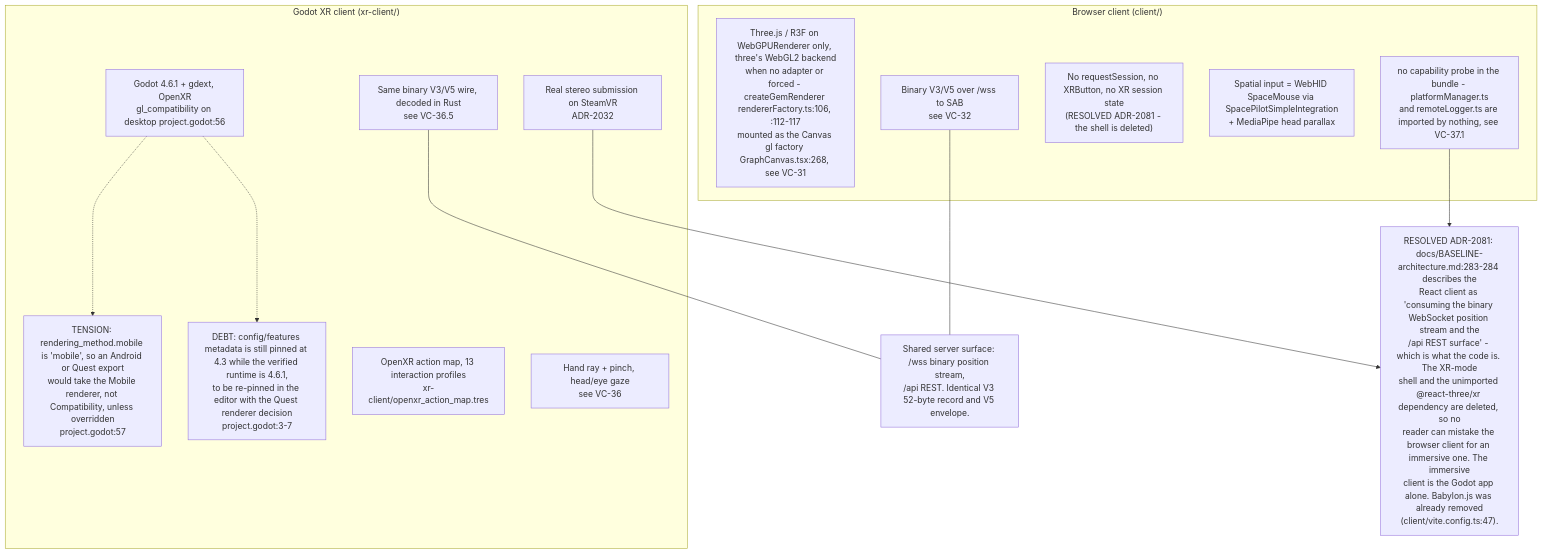
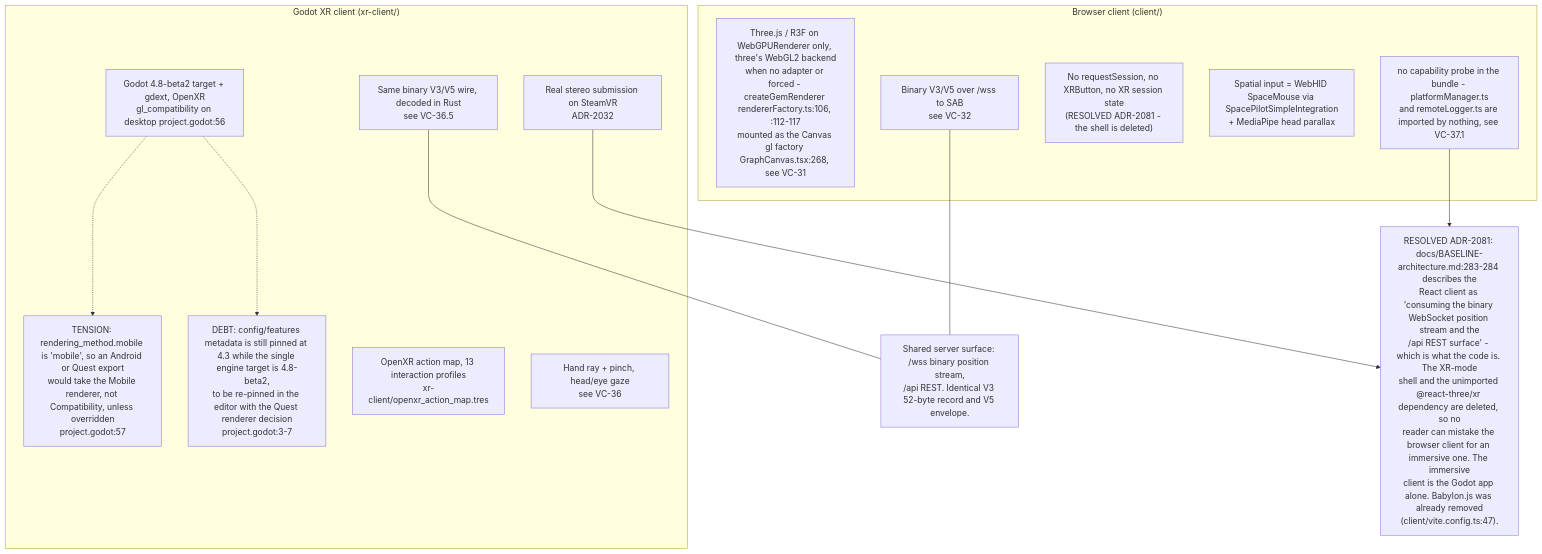
The eighth of 11 diagrams in docs/diagrams/visionclaw/37-browser-xr-and-desktop-input.md (DreamLab-AI/VisionFlow), drawn with Mermaid before and after one commit. The commit also changed other lines of this file and 24 other files, not shown here.

Commit message:
docs: align XR liveness, filtering and rendering diagrams (#33)

````diff
--- a/docs/diagrams/visionclaw/37-browser-xr-and-desktop-input.md
+++ b/docs/diagrams/visionclaw/37-browser-xr-and-desktop-input.md
@@ -384,26 +384,26 @@
 ```mermaid
 flowchart TB
     subgraph br["Browser client (client/)"]
         B1["Three.js / R3F on WebGPURenderer only, three's WebGL2 backend<br/>when no adapter or forced - createGemRenderer rendererFactory.ts:106, :112-117<br/>mounted as the Canvas gl factory GraphCanvas.tsx:268, see VC-31"]
         B2["no capability probe in the bundle - platformManager.ts<br/>and remoteLogger.ts are imported by nothing, see VC-37.1"]
         B3["No requestSession, no XRButton, no XR session state<br/>(RESOLVED ADR-2081 - the shell is deleted)"]
         B4["Spatial input = WebHID SpaceMouse via SpacePilotSimpleIntegration<br/>+ MediaPipe head parallax"]
         B5["Binary V3/V5 over /wss to SAB<br/>see VC-32"]
     end
     subgraph gd["Godot XR client (xr-client/)"]
-        G1["Godot 4.6.1 + gdext, OpenXR<br/>gl_compatibility on desktop project.godot:56"]
+        G1["Godot 4.8-beta2 target + gdext, OpenXR<br/>gl_compatibility on desktop project.godot:56"]
         G1M["TENSION: rendering_method.mobile is 'mobile', so an Android or Quest export<br/>would take the Mobile renderer, not Compatibility, unless overridden<br/>project.godot:57"]
-        G1D["DEBT: config/features metadata is still pinned at 4.3 while the verified runtime is 4.6.1,<br/>to be re-pinned in the editor with the Quest renderer decision<br/>project.godot:3-7"]
+        G1D["DEBT: config/features metadata is still pinned at 4.3 while the single engine target is 4.8-beta2,<br/>to be re-pinned in the editor with the Quest renderer decision<br/>project.godot:3-7"]
         G1 -.-> G1D
         G1 -.-> G1M
         G2["Real stereo submission on SteamVR<br/>ADR-2032"]
         G3["OpenXR action map, 13 interaction profiles<br/>xr-client/openxr_action_map.tres"]
         G4["Hand ray + pinch, head/eye gaze<br/>see VC-36"]
         G5["Same binary V3/V5 wire, decoded in Rust<br/>see VC-36.5"]
     end
     B5 --- SHARED["Shared server surface: /wss binary position stream,<br/>/api REST. Identical V3 52-byte record and V5 envelope."]
     G5 --- SHARED
     B2 --> DIV
     G2 --> DIV
     DIV["RESOLVED ADR-2081: docs/BASELINE-architecture.md:283-284 describes the<br/>React client as 'consuming the binary WebSocket position stream and the<br/>/api REST surface' - which is what the code is. The XR-mode<br/>shell and the unimported @react-three/xr dependency are deleted, so no<br/>reader can mistake the browser client for an immersive one. The immersive<br/>client is the Godot app alone. Babylon.js was already removed<br/>(client/vite.config.ts:47)."]
 ```
````
